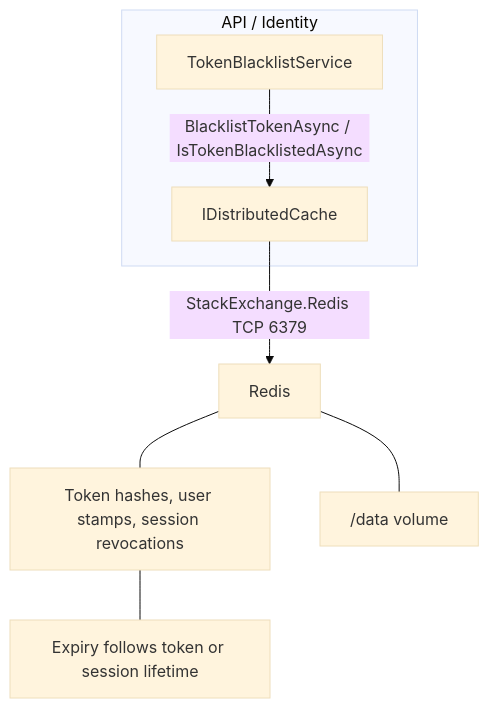
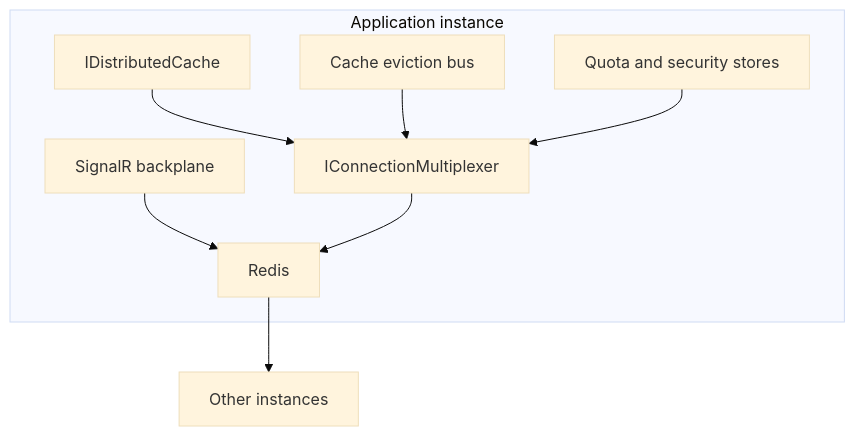
One commit to mhasabalah/StarterKit changed the diagram in wiki/Infrastructure/Redis.md. Above: the diagram before and after it, drawn with Mermaid (base theme). The commit also changed other lines of this file and 15 other files, not shown here.

````diff
--- a/wiki/Infrastructure/Redis.md
+++ b/wiki/Infrastructure/Redis.md
@@ -43,10 +24,11 @@
 ```mermaid
 flowchart TB
-  subgraph API[API / Identity]
-    T[TokenBlacklistService] -->|BlacklistTokenAsync / IsTokenBlacklistedAsync| C[IDistributedCache]
+  subgraph Application[Application instance]
+    C[IDistributedCache] --> M[IConnectionMultiplexer]
+    E[Cache eviction bus] --> M
+    Q[Quota and security stores] --> M
+    B[SignalR backplane] --> R[Redis]
   end
-  C -->|StackExchange.Redis TCP 6379| R[Redis]
-  R --- K[Token hashes, user stamps, session revocations]
-  R --- D["/data volume"]
-  K --- X[Expiry follows token or session lifetime]
+  M --> R
+  R --> O[Other instances]
 ```
````
